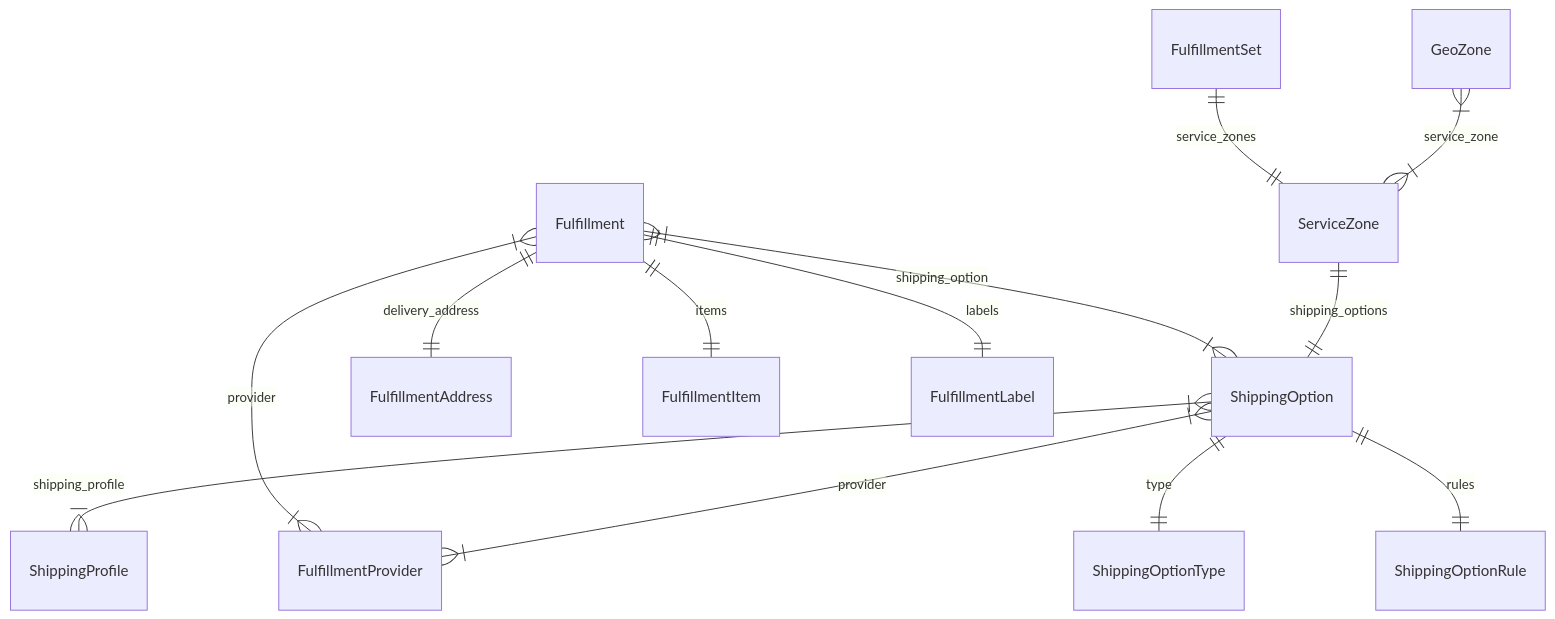
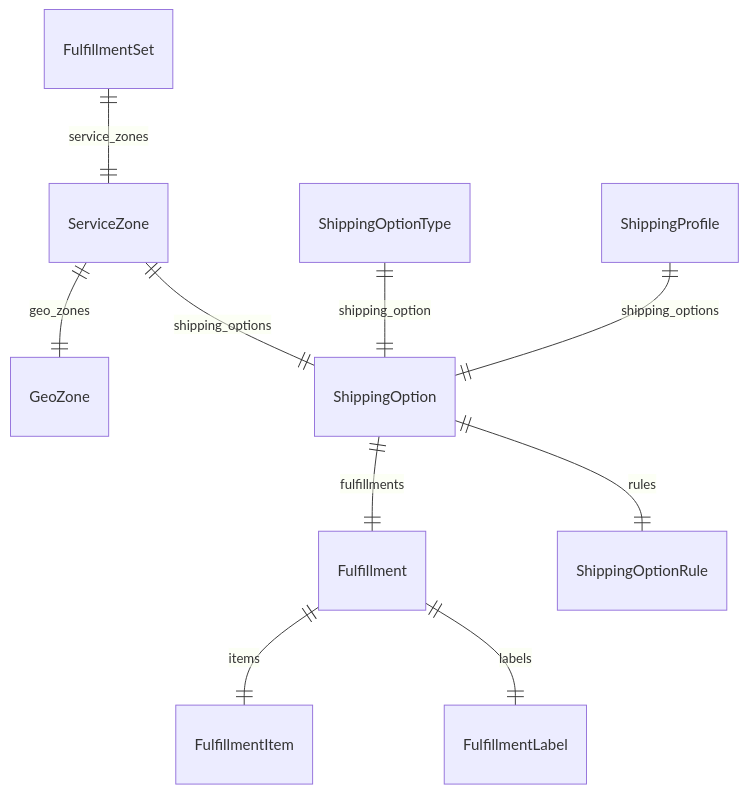
One commit to zaaakher/medusa changed the diagram in www/apps/resources/references/modules/fulfillment_models/page.mdx. Above: the diagram before and after it, drawn with Mermaid. The commit also changed other lines of this file and 1209 other files, not shown here.

````diff
--- a/www/apps/resources/references/modules/fulfillment_models/page.mdx
+++ b/www/apps/resources/references/modules/fulfillment_models/page.mdx
@@ -14,16 +14,13 @@
 ```mermaid
 erDiagram
-	Fulfillment }|--|{ ShippingOption : shipping_option
-	Fulfillment }|--|{ FulfillmentProvider : provider
-	Fulfillment ||--|| FulfillmentAddress : delivery_address
 	Fulfillment ||--|| FulfillmentItem : items
 	Fulfillment ||--|| FulfillmentLabel : labels
 	FulfillmentSet ||--|| ServiceZone : service_zones
-	GeoZone }|--|{ ServiceZone : service_zone
+	ServiceZone ||--|| GeoZone : geo_zones
 	ServiceZone ||--|| ShippingOption : shipping_options
-	ShippingOption }|--|{ ShippingProfile : shipping_profile
-	ShippingOption }|--|{ FulfillmentProvider : provider
-	ShippingOption ||--|| ShippingOptionType : type
 	ShippingOption ||--|| ShippingOptionRule : rules
+	ShippingOption ||--|| Fulfillment : fulfillments
+	ShippingOptionType ||--|| ShippingOption : shipping_option
+	ShippingProfile ||--|| ShippingOption : shipping_options
 
 ```
````
